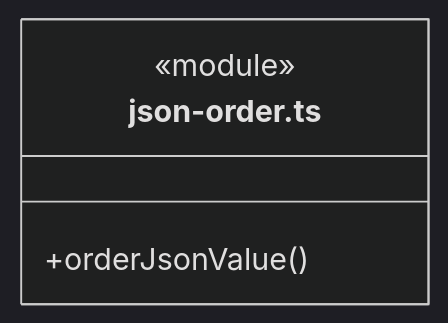
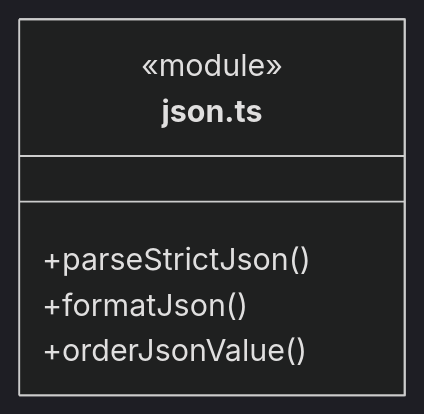
One commit to nan023062/cbim changed the fifth of 9 diagrams in src/foundations/utility/ARCHITECTURE.md. Above: the diagram before and after it, drawn with Mermaid (dark theme). The commit also changed other lines of this file and 28 other files, not shown here.

````diff
--- a/src/foundations/utility/ARCHITECTURE.md
+++ b/src/foundations/utility/ARCHITECTURE.md
@@ -92,7 +83,9 @@
 ```mermaid
 classDiagram
-class N_src_foundations_utility_json_order_ts["json-order.ts"] {
+class N_src_foundations_utility_json_ts["json.ts"] {
   <<module>>
+  +parseStrictJson()
+  +formatJson()
   +orderJsonValue()
 }
 ```
````
